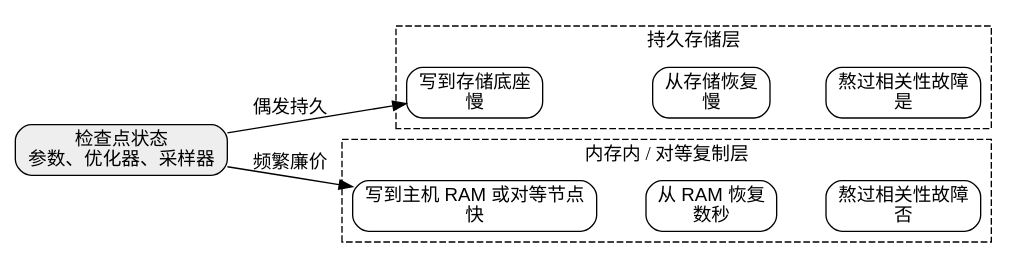
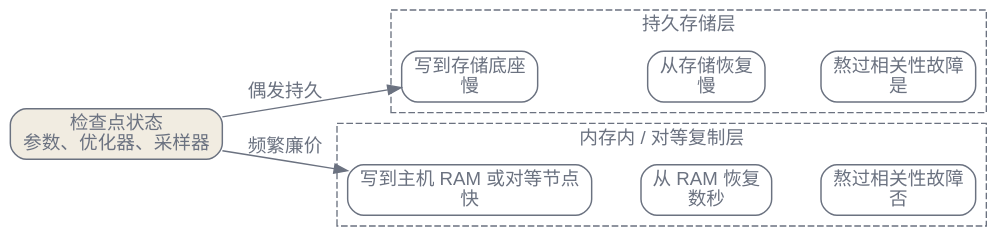
Before and after one commit to latere-ai/ai-as-an-infrastructure: the second of 3 diagrams in zh/p7-infrastructure/31-orchestration-data-infra.qmd, drawn with Graphviz. The commit also changed 186 other files, not shown here.

First line of the commit message:
book: visual audit pass on all diagrams and figures

````diff
--- a/zh/p7-infrastructure/31-orchestration-data-infra.qmd
+++ b/zh/p7-infrastructure/31-orchestration-data-infra.qmd
@@ -101,31 +101,38 @@
 ```{dot}
 //| label: fig-orchestration-checkpoint-tiers
 //| fig-cap: "两派检查点。持久存储层写入与恢复都慢，但能熬过相关性故障；内存内或对等复制层两个方向都快，但若集群有足够多的部分同时宕掉就会丢失。多数运行将二者组合。"
 digraph {
+  bgcolor="transparent";
   rankdir=LR;
-  node [shape=box, style=rounded, fontname="Helvetica"];
-  edge [fontname="Helvetica"];
+  node [shape=box, style=rounded, fontname="Helvetica", color="#6b7280", fontcolor="#6b7280", penwidth=1.1];
+  edge [color="#6b7280", fontcolor="#6b7280"];
 
   subgraph cluster_durable {
     label="持久存储层";
+    fontname="Helvetica";
+    fontcolor="#6b7280";
+    color="#6b7280";
     style=dashed;
     DW [label="写到存储底座\n慢"];
     DR [label="从存储恢复\n慢"];
     DS [label="熬过相关性故障\n是"];
   }
 
   subgraph cluster_fast {
     label="内存内 / 对等复制层";
+    fontname="Helvetica";
+    fontcolor="#6b7280";
+    color="#6b7280";
     style=dashed;
     FW [label="写到主机 RAM 或对等节点\n快"];
     FR [label="从 RAM 恢复\n数秒"];
     FS [label="熬过相关性故障\n否"];
   }
 
-  State [label="检查点状态\n参数、优化器、采样器", shape=box, style="rounded,filled", fillcolor="#eeeeee"];
+  State [label="检查点状态\n参数、优化器、采样器", shape=box, style="rounded,filled", fillcolor="#f1ece1"];
   State -> DW [label="偶发持久"];
   State -> FW [label="频繁廉价"];
   DW -> DR -> DS [style=invis];
   FW -> FR -> FS [style=invis];
 }
 ```
````
